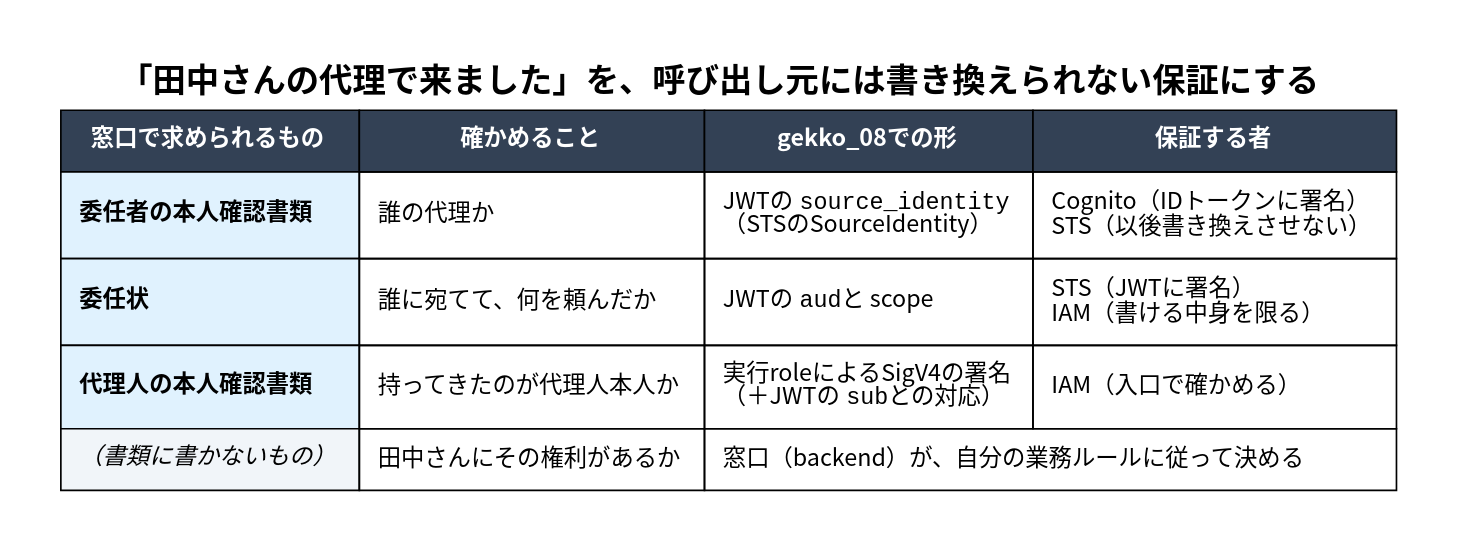
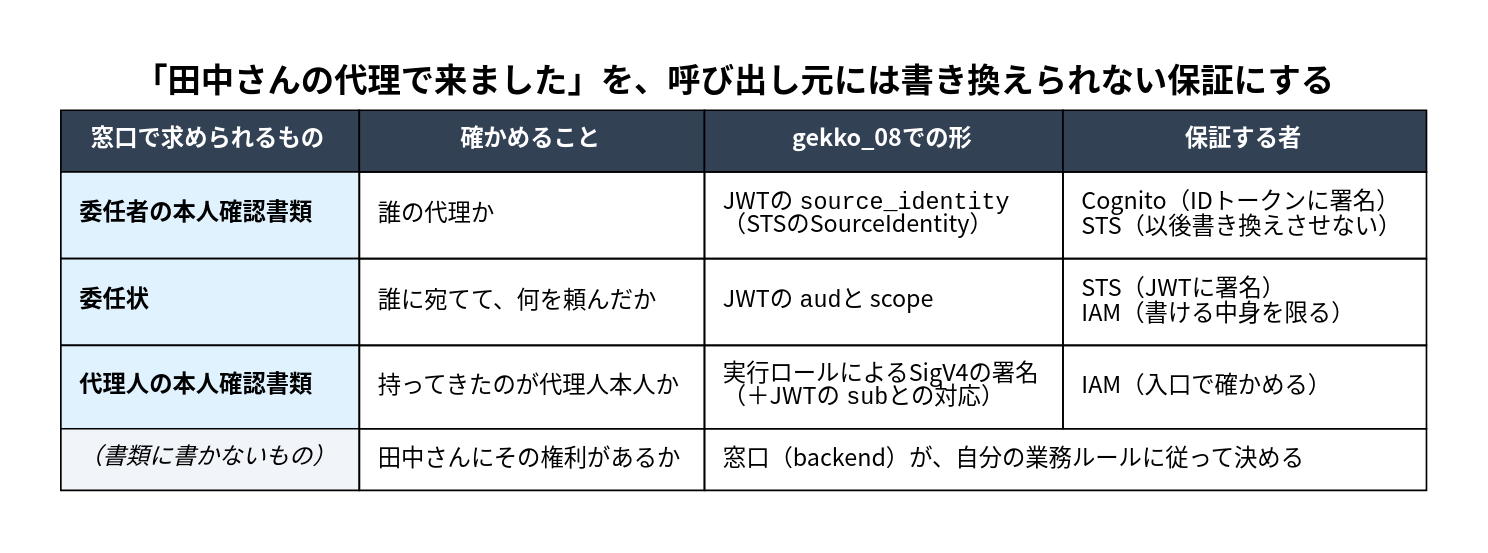
Before and after one commit to mahitotsu/gekko_08: the diagram in drafts/images/01-delegation-mapping.dot, drawn with Graphviz. The commit also changed 2 other files, not shown here.

```diff
--- a/drafts/images/01-delegation-mapping.dot
+++ b/drafts/images/01-delegation-mapping.dot
@@ -1,37 +1,37 @@
 digraph G {
   graph [fontname="Noto Sans CJK JP", bgcolor="white", pad="0.4", label=<<b>「田中さんの代理で来ました」を、呼び出し元には書き換えられない保証にする</b>>, labelloc=t, fontsize=20];
   node [fontname="Noto Sans CJK JP", shape=plain, fontsize=14];
 
   t [label=<
   <table border="0" cellborder="1" cellspacing="0" cellpadding="10">
     <tr>
       <td bgcolor="#334155"><font color="white"><b>窓口で求められるもの</b></font></td>
       <td bgcolor="#334155"><font color="white"><b>確かめること</b></font></td>
       <td bgcolor="#334155"><font color="white"><b>gekko_08での形</b></font></td>
       <td bgcolor="#334155"><font color="white"><b>保証する者</b></font></td>
     </tr>
     <tr>
       <td bgcolor="#e0f2fe" align="left" balign="left"><b>委任者の本人確認書類</b></td>
       <td align="left" balign="left">誰の代理か</td>
       <td align="left" balign="left">JWTの <font face="monospace">source_identity</font><br/>（STSのSourceIdentity）</td>
       <td align="left" balign="left">Cognito（IDトークンに署名）<br/>STS（以後書き換えさせない）</td>
     </tr>
     <tr>
       <td bgcolor="#e0f2fe" align="left" balign="left"><b>委任状</b></td>
       <td align="left" balign="left">誰に宛てて、何を頼んだか</td>
       <td align="left" balign="left">JWTの <font face="monospace">aud</font> と scope</td>
       <td align="left" balign="left">STS（JWTに署名）<br/>IAM（書ける中身を限る）</td>
     </tr>
     <tr>
       <td bgcolor="#e0f2fe" align="left" balign="left"><b>代理人の本人確認書類</b></td>
       <td align="left" balign="left">持ってきたのが代理人本人か</td>
-      <td align="left" balign="left">実行roleによるSigV4の署名<br/>（＋JWTの <font face="monospace">sub</font> との対応）</td>
+      <td align="left" balign="left">実行ロールによるSigV4の署名<br/>（＋JWTの <font face="monospace">sub</font> との対応）</td>
       <td align="left" balign="left">IAM（入口で確かめる）</td>
     </tr>
     <tr>
       <td bgcolor="#f1f5f9" align="left" balign="left"><i>（書類に書かないもの）</i></td>
       <td align="left" balign="left">田中さんにその権利があるか</td>
       <td align="left" balign="left" colspan="2">窓口（backend）が、自分の業務ルールに従って決める</td>
     </tr>
   </table>>];
 }
```
